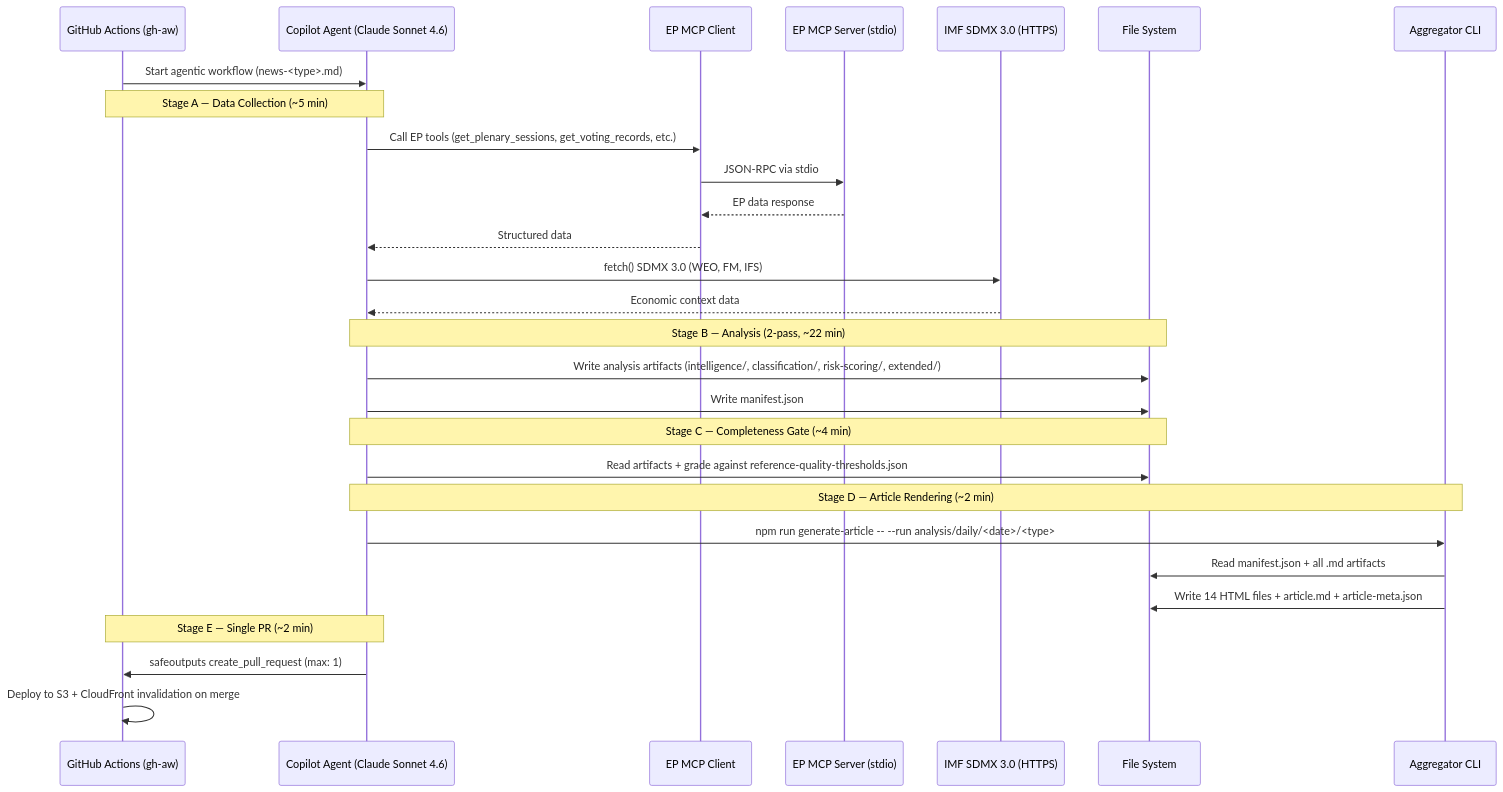
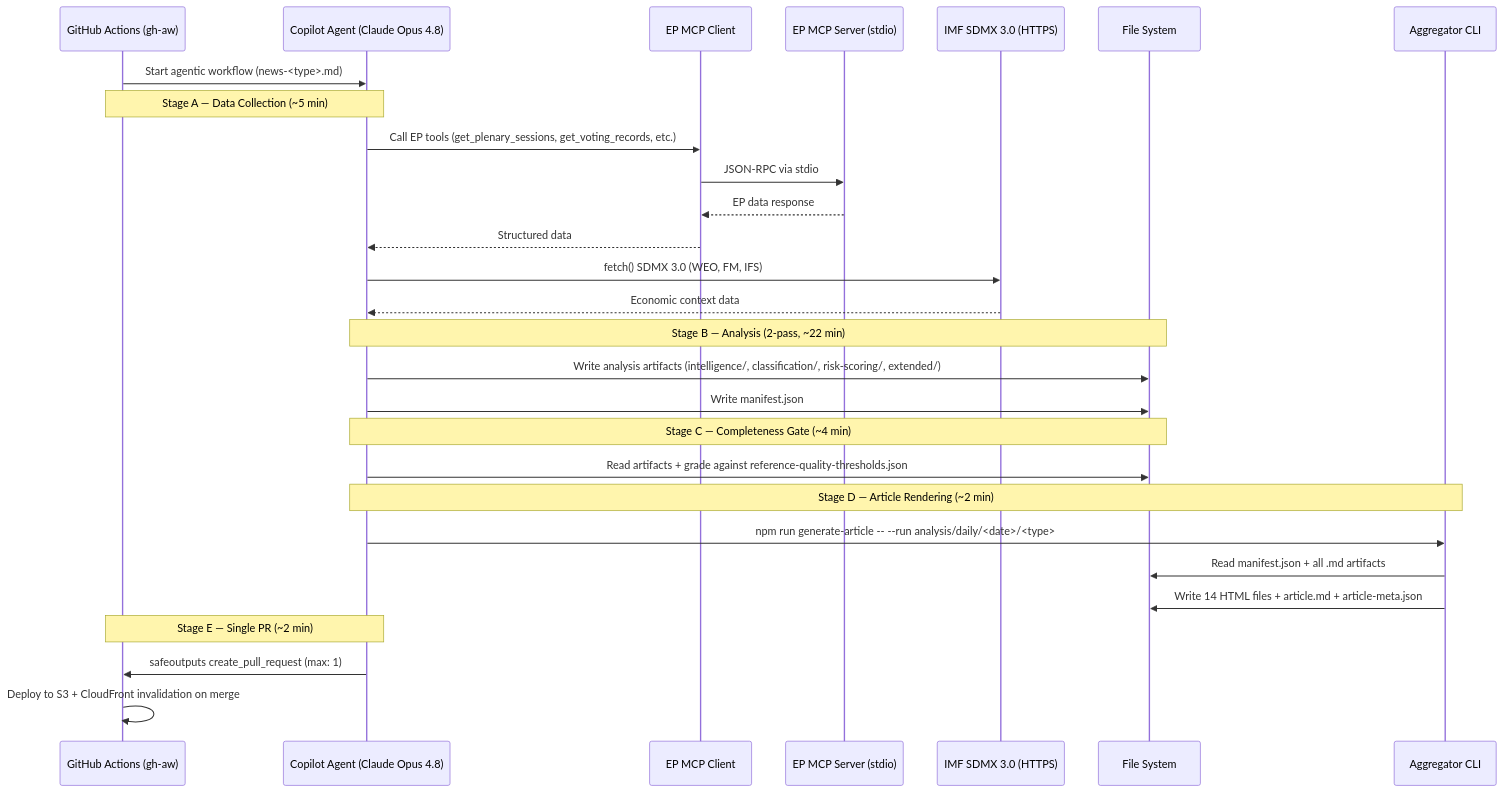
Before and after one commit to Hack23/euparliamentmonitor: the eighth of 12 diagrams in ARCHITECTURE.md, drawn with Mermaid. The commit also changed other lines of this file and 3 other files, not shown here.

Commit message:
docs: refresh WORKFLOWS/ARCHITECTURE/Article-Generation for Opus 4.8 fleet

````diff
--- a/ARCHITECTURE.md
+++ b/ARCHITECTURE.md
@@ -1491,35 +1491,35 @@
 ```mermaid
 sequenceDiagram
     participant GHA as GitHub Actions (gh-aw)
-    participant Agent as Copilot Agent (Claude Sonnet 4.6)
+    participant Agent as Copilot Agent (Claude Opus 4.8)
     participant MCP as EP MCP Client
     participant EP as EP MCP Server (stdio)
     participant IMF as IMF SDMX 3.0 (HTTPS)
     participant FS as File System
     participant AGG as Aggregator CLI
 
     GHA->>Agent: Start agentic workflow (news-<type>.md)
     Note over GHA,Agent: Stage A — Data Collection (~5 min)
     Agent->>MCP: Call EP tools (get_plenary_sessions, get_voting_records, etc.)
     MCP->>EP: JSON-RPC via stdio
     EP-->>MCP: EP data response
     MCP-->>Agent: Structured data
     Agent->>IMF: fetch() SDMX 3.0 (WEO, FM, IFS)
     IMF-->>Agent: Economic context data
 
     Note over Agent,FS: Stage B — Analysis (2-pass, ~22 min)
     Agent->>FS: Write analysis artifacts (intelligence/, classification/, risk-scoring/, extended/)
     Agent->>FS: Write manifest.json
 
     Note over Agent,FS: Stage C — Completeness Gate (~4 min)
     Agent->>FS: Read artifacts + grade against reference-quality-thresholds.json
 
     Note over Agent,AGG: Stage D — Article Rendering (~2 min)
     Agent->>AGG: npm run generate-article -- --run analysis/daily/<date>/<type>
     AGG->>FS: Read manifest.json + all .md artifacts
     AGG->>FS: Write 14 HTML files + article.md + article-meta.json
 
     Note over Agent,GHA: Stage E — Single PR (~2 min)
     Agent->>GHA: safeoutputs create_pull_request (max: 1)
     GHA->>GHA: Deploy to S3 + CloudFront invalidation on merge
 ```
````
